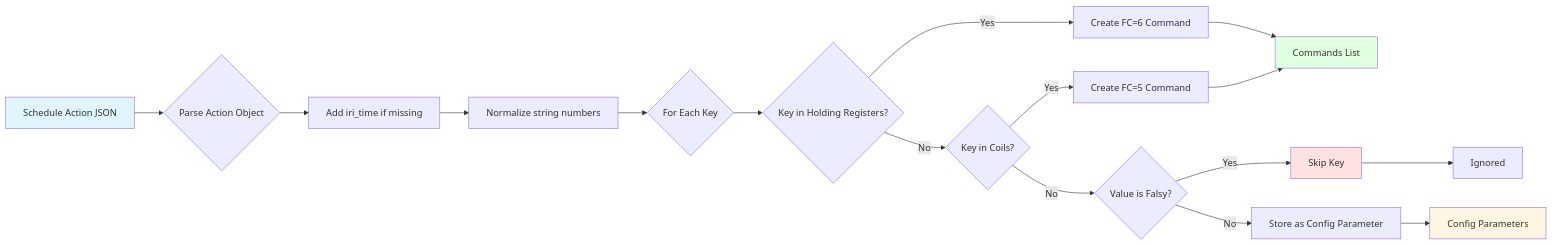
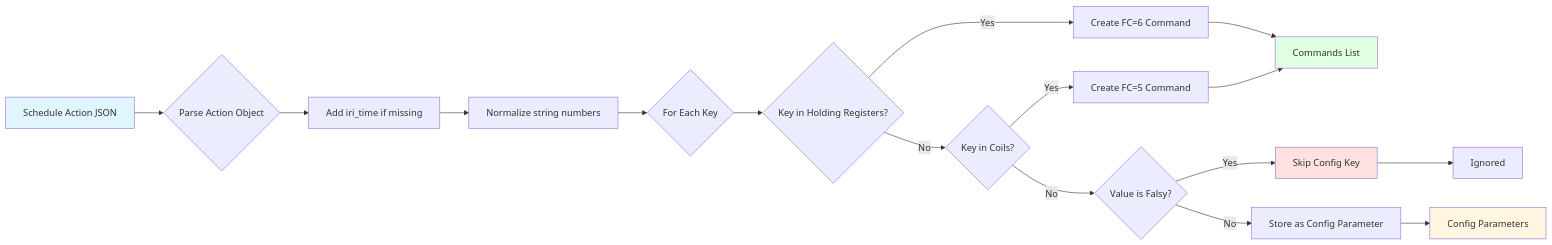
The fifth of 19 diagrams in src/modules/viis-schedule-executor/docs/FLOW-DOCUMENTATION.md (VIIS-IOT/viis-node-red), drawn with Mermaid before and after one commit. The commit also changed other lines of this file and 16 other files, not shown here.

````diff
--- a/src/modules/viis-schedule-executor/docs/FLOW-DOCUMENTATION.md
+++ b/src/modules/viis-schedule-executor/docs/FLOW-DOCUMENTATION.md
@@ -387,27 +387,31 @@
 ```mermaid
 graph LR
     A[Schedule Action JSON] --> B{Parse Action Object}
     B --> C[Add iri_time if missing]
     C --> D[Normalize string numbers]
     D --> E{For Each Key}
-    
+
     E --> F{Key in Holding Registers?}
     F -->|Yes| G[Create FC=6 Command]
     F -->|No| H{Key in Coils?}
-    
+
     H -->|Yes| I[Create FC=5 Command]
     H -->|No| J{Value is Falsy?}
-    
-    J -->|Yes| K[Skip Key]
+
+    J -->|Yes| K[Skip Config Key]
     J -->|No| L[Store as Config Parameter]
-    
+
     G --> M[Commands List]
     I --> M
     L --> N[Config Parameters]
     K --> O[Ignored]
-    
+
     style A fill:#e1f5ff
     style M fill:#e1ffe1
     style N fill:#fff5e1
     style K fill:#ffe1e1
+
+  %% Actual runtime rule:
+  %% - If key has valid Modbus mapping: 0, "0", false, "false" are executed.
+  %% - If key is unmapped: falsy values are skipped in config storage.
 ```
````
